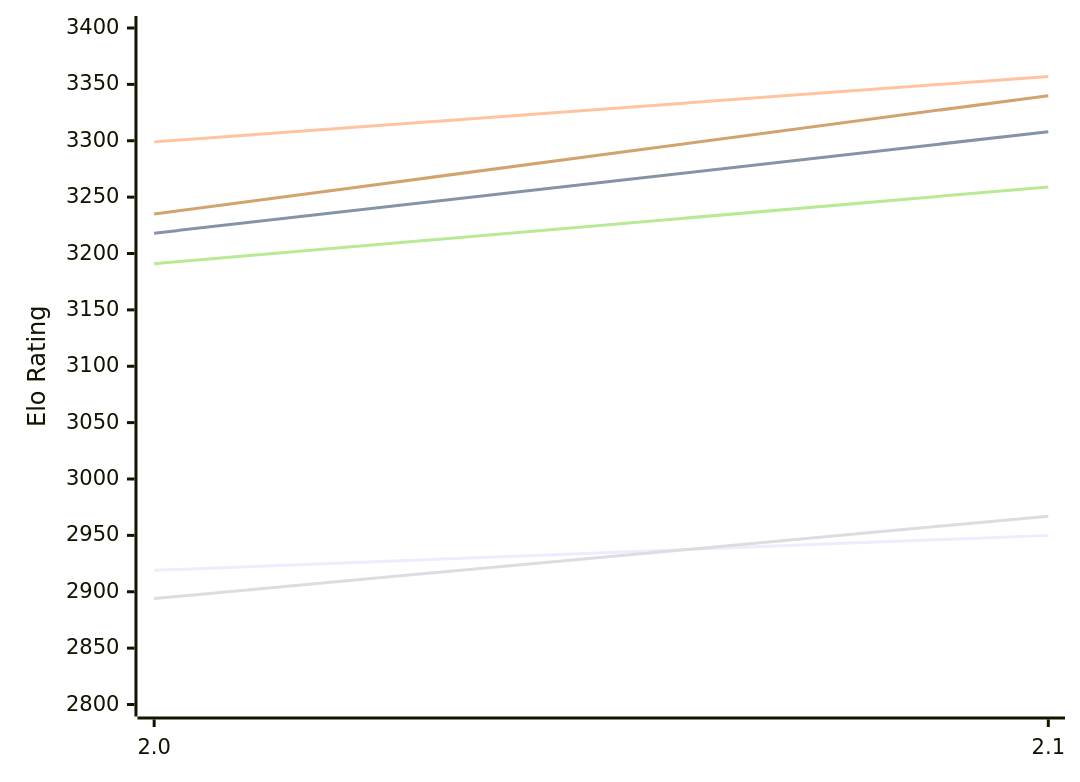
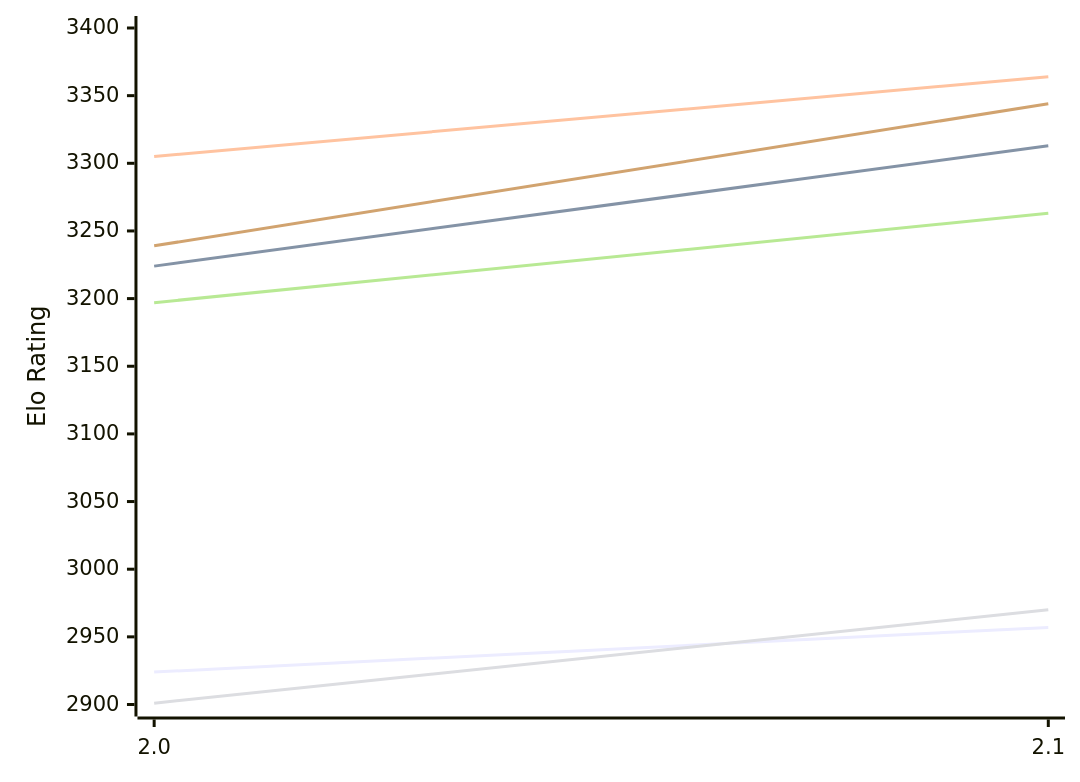
Before and after one commit to computer-chess-index/cci: the first of 2 diagrams in engines/Onslaught.md, drawn with Mermaid. The commit also changed other lines of this file, not shown here.

Commit message:
Update CCI Ratings (ELO VLTC) - 2026-11-20

````diff
--- a/engines/Onslaught.md
+++ b/engines/Onslaught.md
@@ -50,12 +50,12 @@
 ```mermaid
 %%{init: {"theme":"base","themeVariables":{"seriesColors:['#a3a3a3','#222221','#faa371']}}}%%
 xychart-beta
   x-axis ["2.0", "2.1"]
-  y-axis "Elo Rating" 2800 --> 3400
-  line "E1: STC (8.0+0.08s)" [2919, 2950]
-  line "E1: LTC (60.0+0.60s)" [3218, 3308]
-  line "E1: VLTC (2m24s+1.12s)" [3299, 3357]
-  line "P1: STC (8.0+0.08s)" [2894, 2967]
-  line "P1: LTC (60.0+0.60s)" [3191, 3259]
-  line "P1: VLTC (2m24s+1.12s)" [3235, 3340]
+  y-axis "Elo Rating" 2900 --> 3400
+  line "E1: STC (8.0+0.08s)" [2924, 2957]
+  line "E1: LTC (60.0+0.60s)" [3224, 3313]
+  line "E1: VLTC (2m24s+1.12s)" [3305, 3364]
+  line "P1: STC (8.0+0.08s)" [2901, 2970]
+  line "P1: LTC (60.0+0.60s)" [3197, 3263]
+  line "P1: VLTC (2m24s+1.12s)" [3239, 3344]
 ```
````
